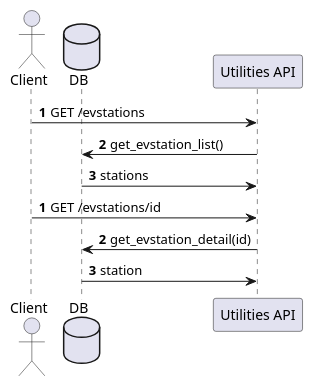
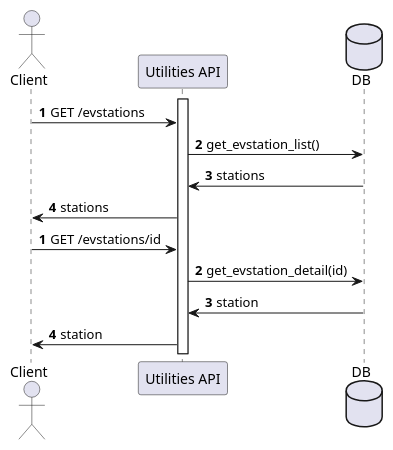
Before and after one commit to adetola-adewodu/geo-utilities-api: the diagram in README.md, drawn with PlantUML. The commit also changed 1 other file, not shown here.

Commit message:
Updating README and Diagram

```diff
--- a/README.md
+++ b/README.md
@@ -56,17 +56,19 @@
     @startuml GeoDiagram
 
-    actor Client
-    database DB
-    
-    autonumber
-    
-    Client -> "Utilities API": GET /evstations
-    "Utilities API" -> DB: get_evstation_list()
-    DB -> "Utilities API": stations
+        actor Client
+        activate "Utilities API"
+        database DB
 
-    autonumber
-    Client -> "Utilities API": GET /evstations/id
-    "Utilities API" -> DB: get_evstation_detail(id)
-    DB -> "Utilities API": station
+        autonumber
+        Client -> "Utilities API": GET /evstations
+        "Utilities API" -> DB: get_evstation_list()
+        DB -> "Utilities API": stations
+        "Utilities API" -> Client: stations
+
+        autonumber
+        Client -> "Utilities API": GET /evstations/id
+        "Utilities API" -> DB: get_evstation_detail(id)
+        DB -> "Utilities API": station
+        "Utilities API" -> Client: station
 
     @enduml
```
